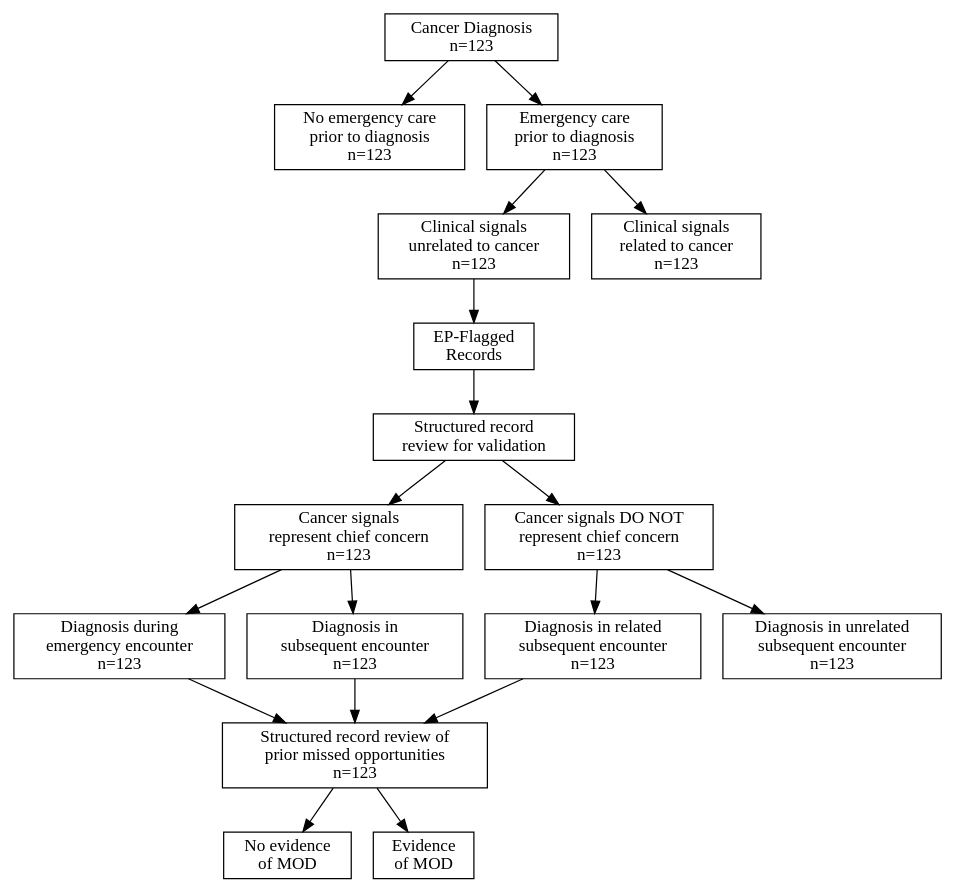
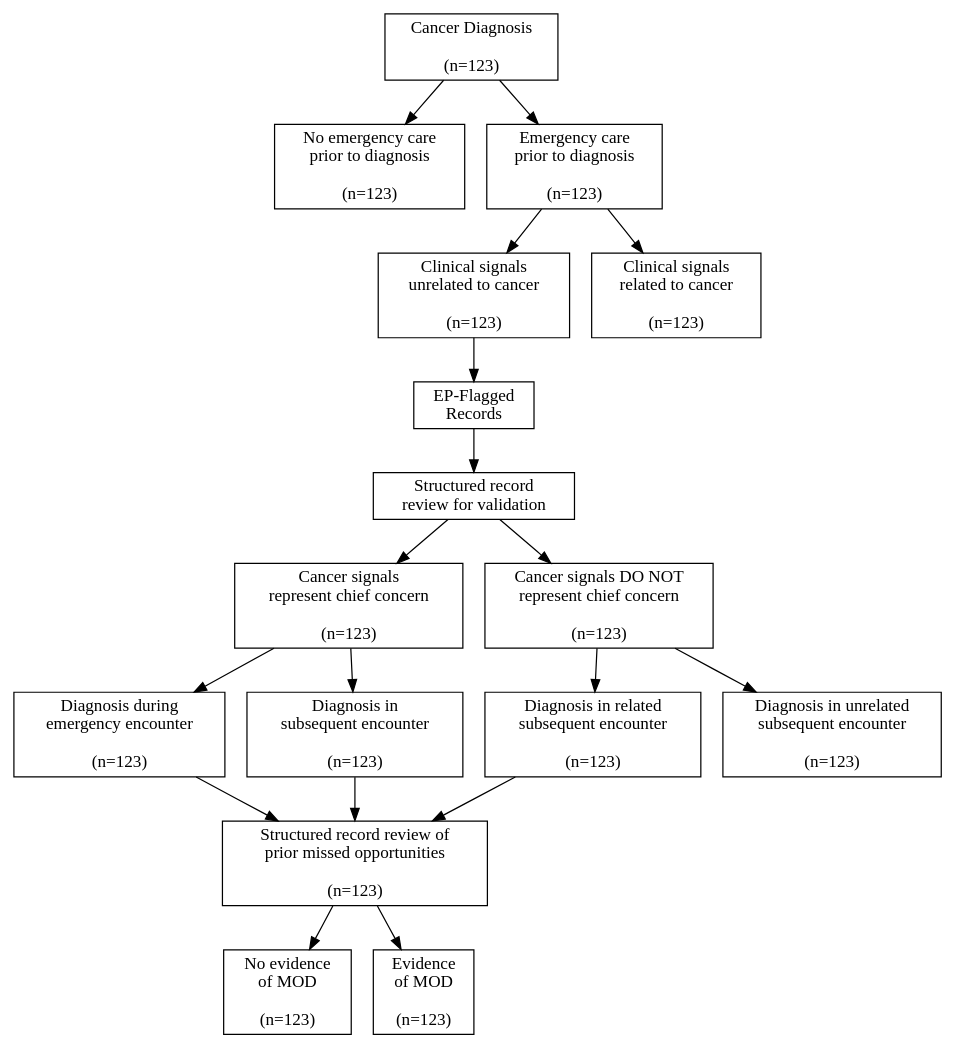
The diagram in consort.dot (zimolzak/MooreMeasures), drawn with Graphviz before and after one commit.

Commit message:
Cleaner looking numbers

```diff
--- a/consort.dot
+++ b/consort.dot
@@ -1,48 +1,48 @@
 digraph{
 
 # Nodes
 
-cancer_dx[shape=rectangle, label="Cancer Diagnosis\nn=123"]
-no_emerg[shape=rectangle, label="No emergency care\nprior to diagnosis\nn=123"]
-emerg[shape=rectangle, label="Emergency care\nprior to diagnosis\nn=123"]
-signals_related[shape=rectangle, label="Clinical signals\nunrelated to cancer\nn=123"]
-signals_unrelated[shape=rectangle, label="Clinical signals\nrelated to cancer\nn=123"]
+cancer_dx[shape=rectangle, label="Cancer Diagnosis\n\n(n=123)"]
+no_emerg[shape=rectangle, label="No emergency care\nprior to diagnosis\n\n(n=123)"]
+emerg[shape=rectangle, label="Emergency care\nprior to diagnosis\n\n(n=123)"]
+signals_related[shape=rectangle, label="Clinical signals\nunrelated to cancer\n\n(n=123)"]
+signals_unrelated[shape=rectangle, label="Clinical signals\nrelated to cancer\n\n(n=123)"]
 
 Flagged[shape=rectangle, label="EP-Flagged\nRecords"]
 review_sample[shape=rectangle, label="Structured record\nreview for validation"]
-chief_concern[shape=rectangle, label="Cancer signals\nrepresent chief concern\nn=123"]
-not_chief[shape=rectangle, label="Cancer signals DO NOT\nrepresent chief concern\nn=123"]
+chief_concern[shape=rectangle, label="Cancer signals\nrepresent chief concern\n\n(n=123)"]
+not_chief[shape=rectangle, label="Cancer signals DO NOT\nrepresent chief concern\n\n(n=123)"]
 
-dx_during_type1[shape=rectangle, label="Diagnosis during\nemergency encounter\nn=123"]
-dx_later_type2[shape=rectangle, label="Diagnosis in\nsubsequent encounter\nn=123"]
-dx_related_type3_incidental[shape=rectangle, label="Diagnosis in related\nsubsequent encounter\nn=123"]
-dx_unrelated_nonEP_FP[shape=rectangle, label="Diagnosis in unrelated\nsubsequent encounter\nn=123"]
+dx_during_type1[shape=rectangle, label="Diagnosis during\nemergency encounter\n\n(n=123)"]
+dx_later_type2[shape=rectangle, label="Diagnosis in\nsubsequent encounter\n\n(n=123)"]
+dx_related_type3_incidental[shape=rectangle, label="Diagnosis in related\nsubsequent encounter\n\n(n=123)"]
+dx_unrelated_nonEP_FP[shape=rectangle, label="Diagnosis in unrelated\nsubsequent encounter\n\n(n=123)"]
 
-MOD_review[shape=rectangle, label="Structured record review of\nprior missed opportunities\nn=123"]
-no_MOD[shape=rectangle, label="No evidence\nof MOD"]
-yes_MOD[shape=rectangle, label="Evidence\nof MOD"]
+MOD_review[shape=rectangle, label="Structured record review of\nprior missed opportunities\n\n(n=123)"]
+no_MOD[shape=rectangle, label="No evidence\nof MOD\n\n(n=123)"]
+yes_MOD[shape=rectangle, label="Evidence\nof MOD\n\n(n=123)"]
 
 # Edges
 
 cancer_dx -> no_emerg
 cancer_dx -> emerg
 emerg -> signals_unrelated
 emerg -> signals_related
 signals_related -> Flagged
 
 Flagged -> review_sample
 review_sample -> chief_concern
 review_sample -> not_chief
 chief_concern -> dx_during_type1
 chief_concern -> dx_later_type2
 not_chief -> dx_related_type3_incidental
 not_chief -> dx_unrelated_nonEP_FP
 
 dx_during_type1 -> MOD_review
 dx_later_type2 -> MOD_review
 dx_related_type3_incidental -> MOD_review
 
 MOD_review -> yes_MOD
 MOD_review -> no_MOD
 
 }
```
